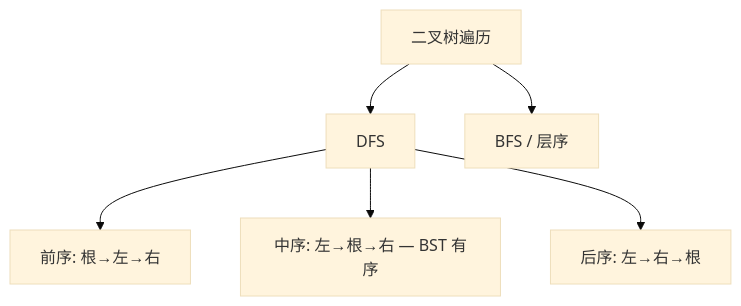
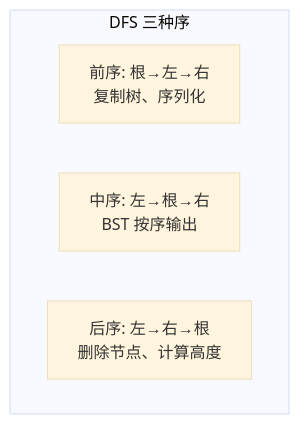
The eighth of 16 diagrams in dsa-deep-dive.md (SilkLee/full-stack-guide), drawn with Mermaid (base theme) before and after one commit. The commit also changed other lines of this file, not shown here.

Commit message:
Rewrite DSA with diagrams: add Mermaid diagrams and step-by-step explanations for every algorithm

````diff
--- a/dsa-deep-dive.md
+++ b/dsa-deep-dive.md
@@ -406,9 +371,8 @@
 ```mermaid
 flowchart TB
-    TRAVERSAL["二叉树遍历"]
-    TRAVERSAL --> DFS["DFS"]
-    DFS --> PRE["前序: 根→左→右"]
-    DFS --> IN["中序: 左→根→右 — BST 有序"]
-    DFS --> POST["后序: 左→右→根"]
-    TRAVERSAL --> BFS["BFS / 层序"]
+    subgraph DFS["DFS 三种序"]
+        PRE["前序: 根→左→右<br/>复制树、序列化"]
+        IN["中序: 左→根→右<br/>BST 按序输出"]
+        POST["后序: 左→右→根<br/>删除节点、计算高度"]
+    end
 ```
````
